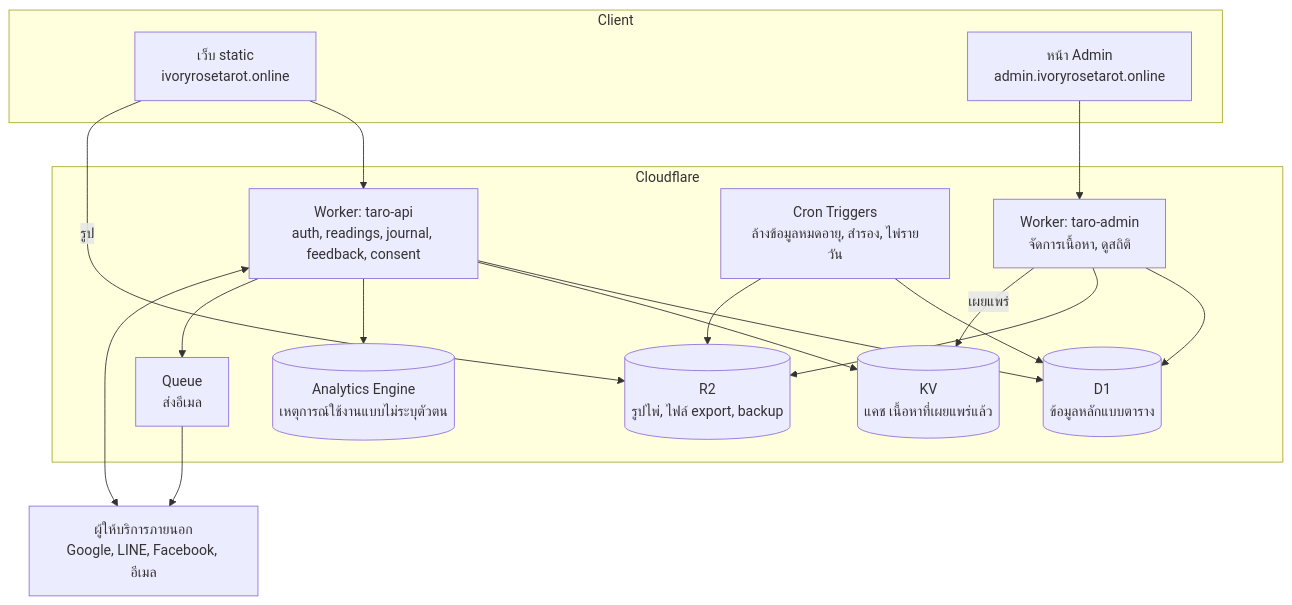
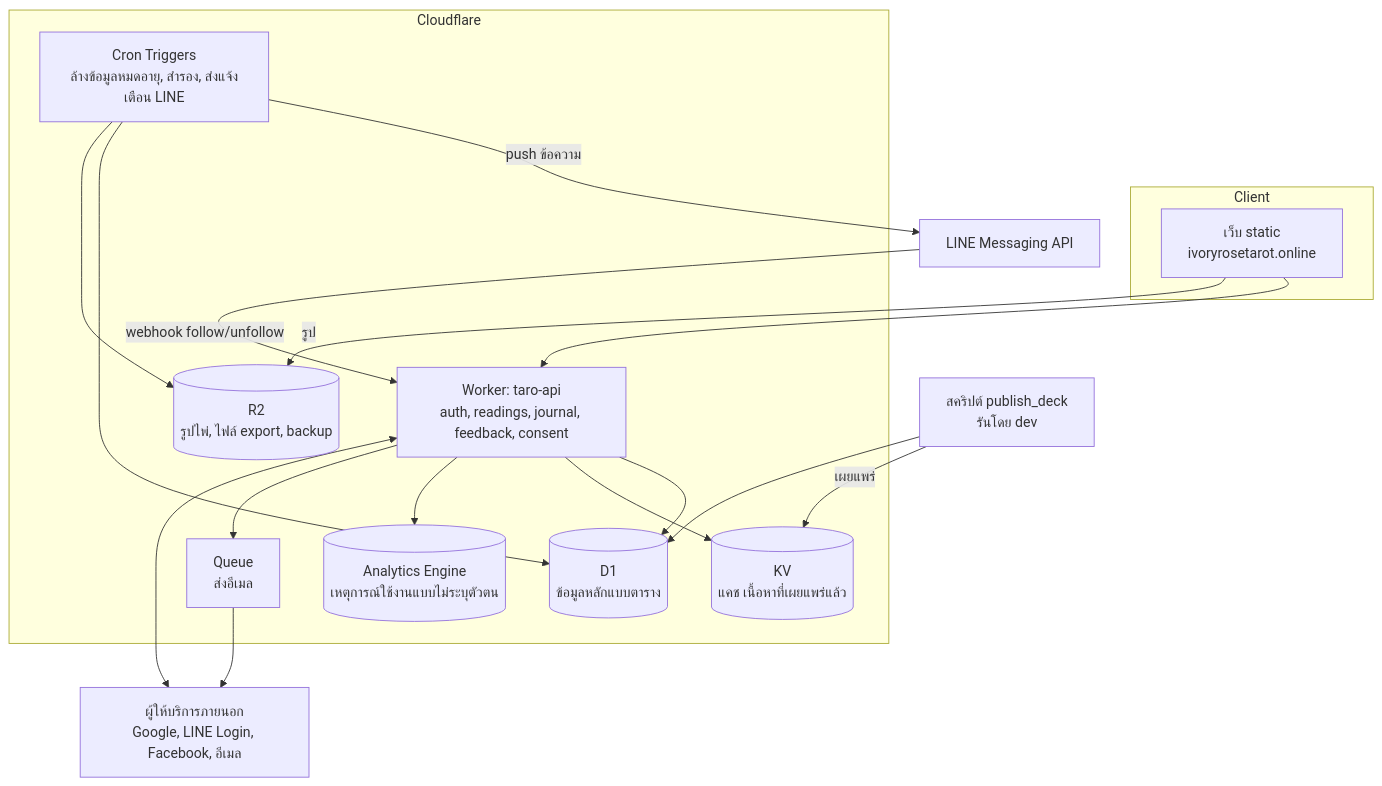
One commit to mindanao0/Taro changed the first of 3 diagrams in docs/08_BACKEND_ARCHITECTURE_TH.md. Above: the diagram before and after it, drawn with Mermaid. The commit also changed other lines of this file, not shown here.

First line of the commit message:
Backend plan: apply decisions (history+notes, dev-only content, Thailand/PDPA, LINE notifications)

````diff
--- a/docs/08_BACKEND_ARCHITECTURE_TH.md
+++ b/docs/08_BACKEND_ARCHITECTURE_TH.md
@@ -9,32 +21,31 @@
 ```mermaid
 flowchart TB
   subgraph Client
     WEB[เว็บ static<br/>ivoryrosetarot.online]
-    ADM[หน้า Admin<br/>admin.ivoryrosetarot.online]
   end
   subgraph Cloudflare
     API[Worker: taro-api<br/>auth, readings, journal, feedback, consent]
-    ADMAPI[Worker: taro-admin<br/>จัดการเนื้อหา, ดูสถิติ]
-    CRON[Cron Triggers<br/>ล้างข้อมูลหมดอายุ, สำรอง, ไพ่รายวัน]
+    CRON[Cron Triggers<br/>ล้างข้อมูลหมดอายุ, สำรอง, ส่งแจ้งเตือน LINE]
     Q[Queue<br/>ส่งอีเมล]
     D1[(D1<br/>ข้อมูลหลักแบบตาราง)]
     KV[(KV<br/>แคช เนื้อหาที่เผยแพร่แล้ว)]
     R2[(R2<br/>รูปไพ่, ไฟล์ export, backup)]
     AE[(Analytics Engine<br/>เหตุการณ์ใช้งานแบบไม่ระบุตัวตน)]
   end
-  EXT[ผู้ให้บริการภายนอก<br/>Google, LINE, Facebook, อีเมล]
+  EXT[ผู้ให้บริการภายนอก<br/>Google, LINE Login, Facebook, อีเมล]
+  LM[LINE Messaging API]
+  CRON -- push ข้อความ --> LM
+  LM -- webhook follow/unfollow --> API
 
   WEB --> API
-  ADM --> ADMAPI
   API --> D1
   API --> KV
   API --> AE
   API --> Q --> EXT
   API <--> EXT
-  ADMAPI --> D1
-  ADMAPI --> R2
-  ADMAPI -- เผยแพร่ --> KV
+  SCRIPT[สคริปต์ publish_deck<br/>รันโดย dev] -- เผยแพร่ --> KV
+  SCRIPT --> D1
   CRON --> D1
   CRON --> R2
   WEB -- รูป --> R2
 ```
````
